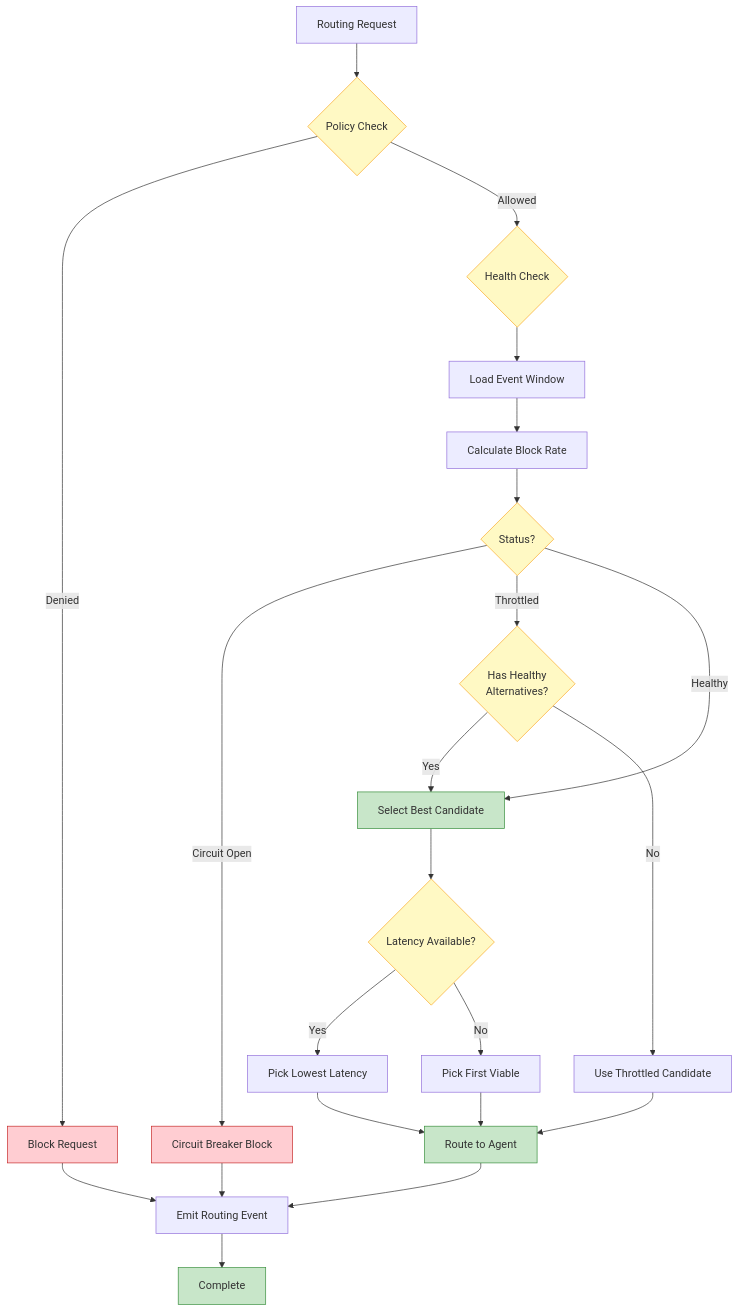
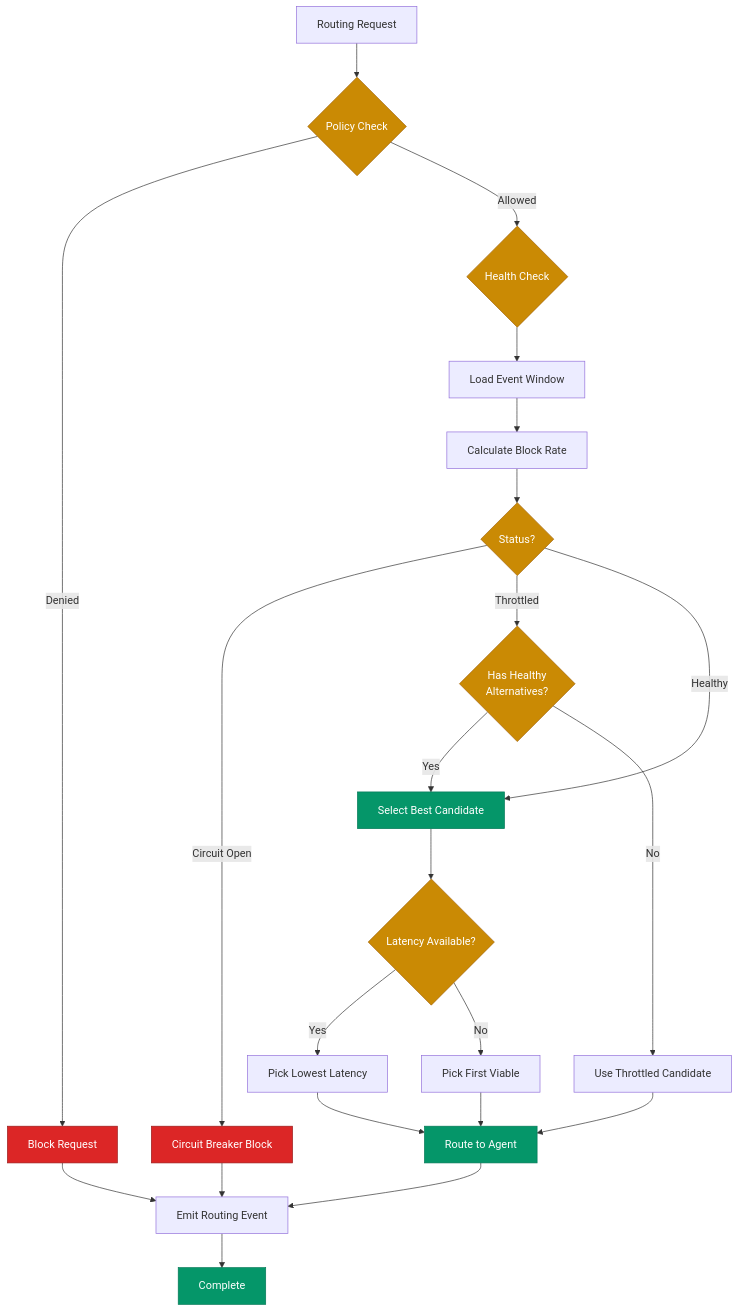
One commit to jnPiyush/AI-Squad changed the fourth of 10 diagrams in docs/architecture/ARCHITECTURE-DIAGRAMS.md. Above: the diagram before and after it, drawn with Mermaid. The commit also changed other lines of this file and 6 other files, not shown here.

First line of the commit message:
Consolidate docs: fix diagram colors, remove duplicates, reorganize

````diff
--- a/docs/architecture/ARCHITECTURE-DIAGRAMS.md
+++ b/docs/architecture/ARCHITECTURE-DIAGRAMS.md
@@ -180,42 +180,42 @@
 ```mermaid
 flowchart TD
     Request[Routing Request] --> Policy{Policy Check}
     
     Policy -->|Denied| Block[Block Request]
     Policy -->|Allowed| Health{Health Check}
     
     Health --> Window[Load Event Window]
     Window --> Calc[Calculate Block Rate]
     
     Calc --> Status{Status?}
     
     Status -->|Circuit Open| CircuitBlock[Circuit Breaker Block]
     Status -->|Throttled| Throttle{Has Healthy<br/>Alternatives?}
     Status -->|Healthy| Select[Select Best Candidate]
     
     Throttle -->|Yes| Select
     Throttle -->|No| FallbackSelect[Use Throttled Candidate]
     
     Select --> Latency{Latency Available?}
     FallbackSelect --> Route
     
     Latency -->|Yes| PickLowest[Pick Lowest Latency]
     Latency -->|No| PickFirst[Pick First Viable]
     
     PickLowest --> Route[Route to Agent]
     PickFirst --> Route
     
     Route --> Emit[Emit Routing Event]
     Block --> Emit
     CircuitBlock --> Emit
     
     Emit --> Done[Complete]
     
-    classDef success fill:#c8e6c9,stroke:#388e3c
-    classDef block fill:#ffcdd2,stroke:#c62828
-    classDef decision fill:#fff9c4,stroke:#f9a825
+    classDef success fill:#059669,stroke:#047857,color:#fff
+    classDef block fill:#dc2626,stroke:#991b1b,color:#fff
+    classDef decision fill:#ca8a04,stroke:#a16207,color:#fff
     
     class Route,Select,Done success
     class Block,CircuitBlock block
     class Policy,Health,Status,Throttle,Latency decision
 ```
````
